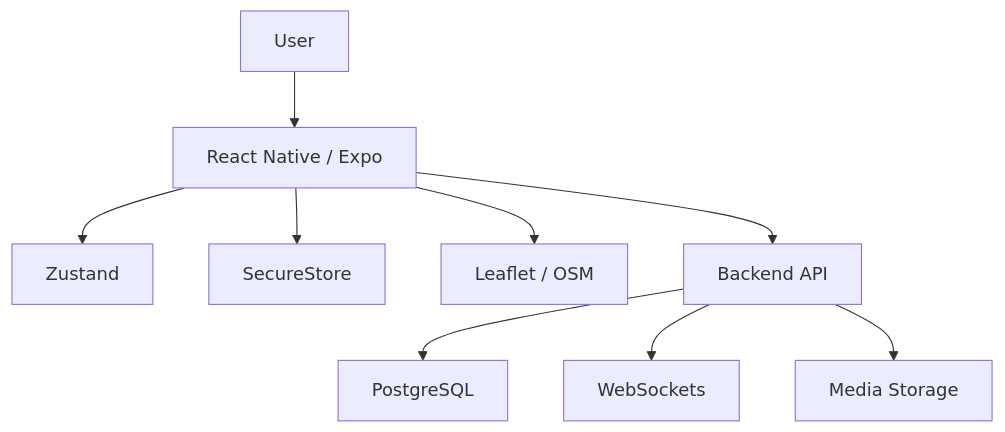
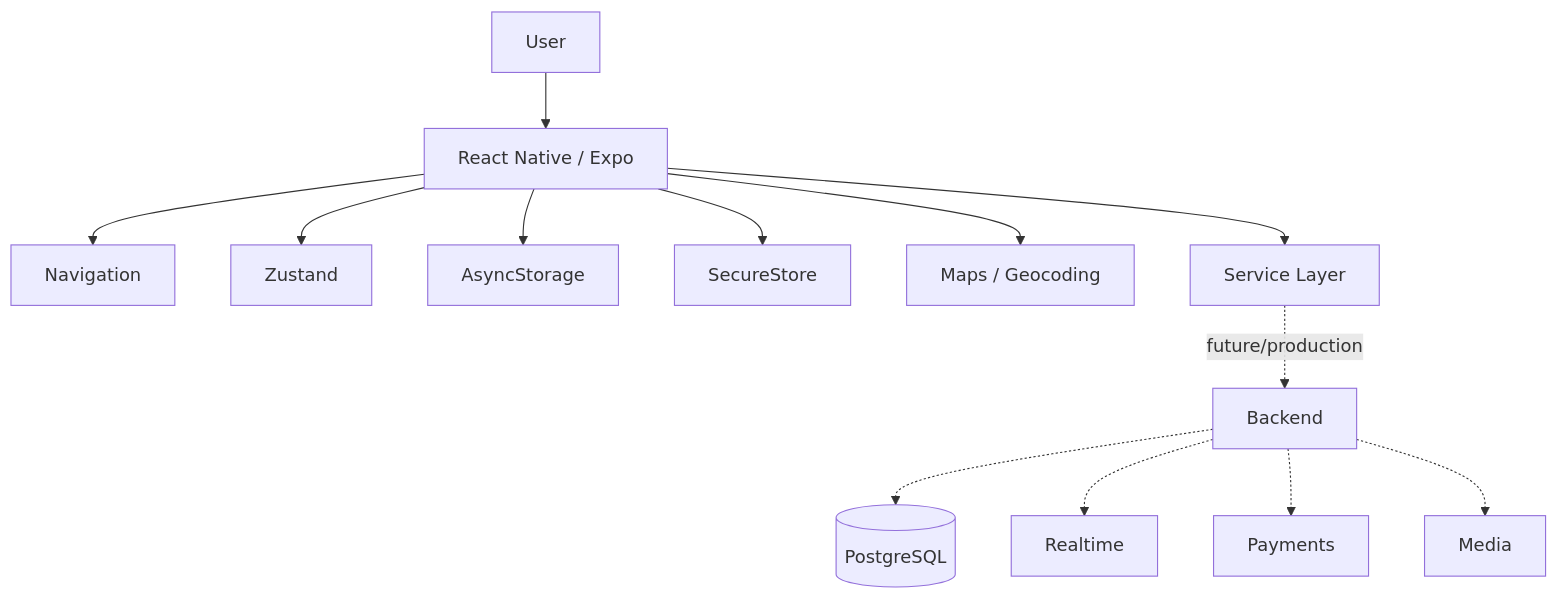
Before and after one commit to KevinT31/CarLink-Showcase: the diagram in docs/ARCHITECTURE.md, drawn with Mermaid. The commit also changed other lines of this file, not shown here.

Commit message:
docs: expand mobile architecture and target boundaries

````diff
--- a/docs/ARCHITECTURE.md
+++ b/docs/ARCHITECTURE.md
@@ -12,12 +51,16 @@
 ```mermaid
 flowchart TB
-    User --> App[React Native / Expo]
-    App --> State[Zustand]
-    App --> Secure[SecureStore]
-    App --> Maps[Leaflet / OSM]
+    User --> Expo[React Native / Expo]
+    Expo --> Nav[Navigation]
+    Expo --> State[Zustand]
+    Expo --> Storage[AsyncStorage]
+    Expo --> Secrets[SecureStore]
+    Expo --> Location[Maps / Geocoding]
+    Expo --> Service[Service Layer]
 
-    App --> API[Backend API]
-    API --> DB[PostgreSQL]
-    API --> Realtime[WebSockets]
-    API --> Media[Media Storage]
+    Service -. future/production .-> Backend
+    Backend -.-> Postgres[(PostgreSQL)]
+    Backend -.-> Realtime[Realtime]
+    Backend -.-> Payments
+    Backend -.-> Media
 ```
````
